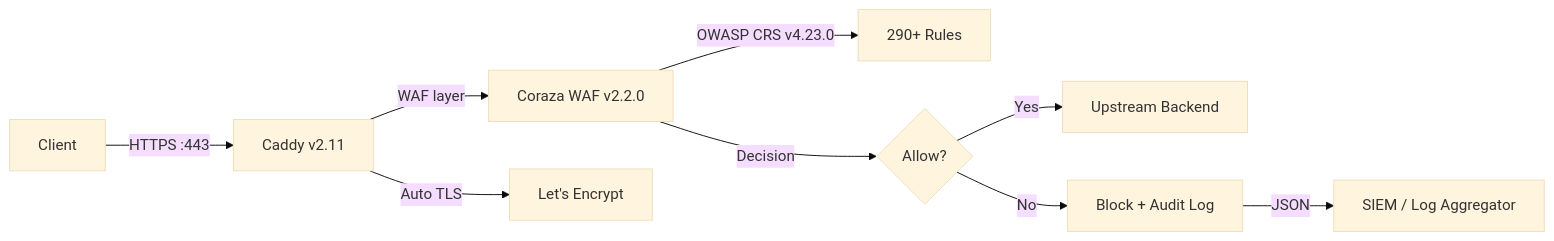
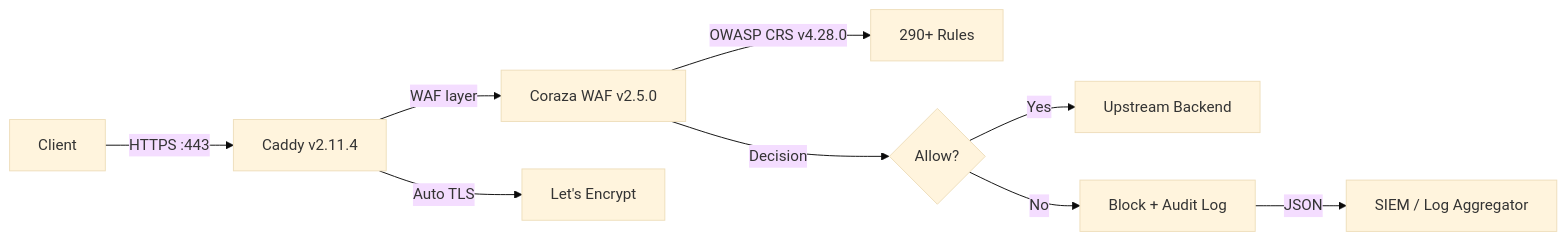
Before and after one commit to Developmi/caddy-waf: the diagram in README.md, drawn with Mermaid (base theme). The commit also changed other lines of this file and 9 other files, not shown here.

````diff
--- a/README.md
+++ b/README.md
@@ -148,11 +152,11 @@
 ```mermaid
 flowchart LR
-    Client[Client] -->|HTTPS :443| Caddy[Caddy v2.11]
-    Caddy -->|WAF layer| Coraza[Coraza WAF v2.2.0]
-    Coraza -->|OWASP CRS v4.23.0| Rules[290+ Rules]
+    Client[Client] -->|HTTPS :443| Caddy[Caddy v2.11.4]
+    Caddy -->|WAF layer| Coraza[Coraza WAF v2.5.0]
+    Coraza -->|OWASP CRS v4.28.0| Rules[290+ Rules]
     Coraza -->|Decision| Action{Allow?}
     Action -->|Yes| Backend[Upstream Backend]
     Action -->|No| Block[Block + Audit Log]
     Block -->|JSON| SIEM[SIEM / Log Aggregator]
     Caddy -->|Auto TLS| LE[Let's Encrypt]
 ```
````
